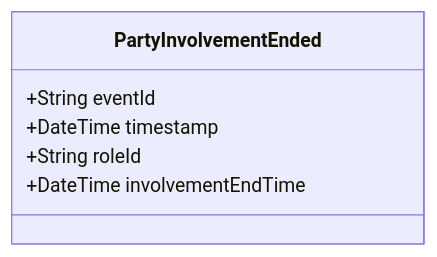
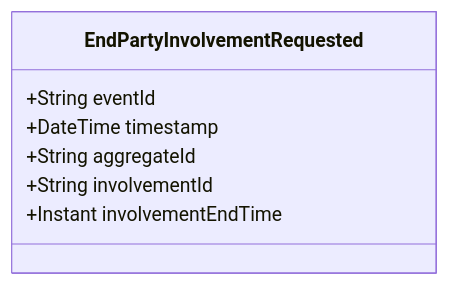
One commit to pgraff/police-system changed the diagram in doc/events/PartyInvolvementEnded.md. Above: the diagram before and after it, drawn with Mermaid. The commit also changed other lines of this file and 58 other files, not shown here.

````diff
--- a/doc/events/PartyInvolvementEnded.md
+++ b/doc/events/PartyInvolvementEnded.md
@@ -9,9 +9,10 @@
 ```mermaid
 classDiagram
-    class PartyInvolvementEnded {
+    class EndPartyInvolvementRequested {
         +String eventId
         +DateTime timestamp
-        +String roleId
-        +DateTime involvementEndTime
+        +String aggregateId
+        +String involvementId
+        +Instant involvementEndTime
     }
 ```
````
